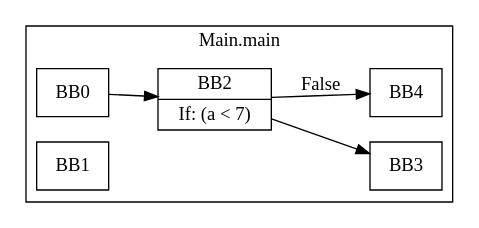
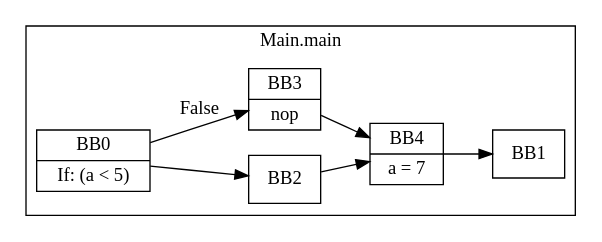
The diagram in HW5/javali_tests/HW5/Test.javali.cfg.dot (panubala/CDPP), drawn with Graphviz before and after one commit. The commit also changed 58 other files, not shown here.

```diff
--- a/HW5/javali_tests/HW5/Test.javali.cfg.dot
+++ b/HW5/javali_tests/HW5/Test.javali.cfg.dot
@@ -1,29 +1,31 @@
 digraph G {
   graph [ rankdir = "LR" ];
   subgraph cluster_0 {
     label = "Main.main"
     M0_BB0 [
       shape="record"
-      label="BB0"
+      label="BB0|If: (a \< 5)"
     ];
     M0_BB0 -> M0_BB2;
+    M0_BB0 -> M0_BB3 [label="False"];
     M0_BB1 [
       shape="record"
       label="BB1"
     ];
     M0_BB2 [
       shape="record"
-      label="BB2|If: (a \< 7)"
+      label="BB2"
     ];
-    M0_BB2 -> M0_BB3;
-    M0_BB2 -> M0_BB4 [label="False"];
+    M0_BB2 -> M0_BB4;
     M0_BB3 [
       shape="record"
-      label="BB3"
+      label="BB3|nop"
     ];
+    M0_BB3 -> M0_BB4;
     M0_BB4 [
       shape="record"
-      label="BB4"
+      label="BB4|a = 7"
     ];
+    M0_BB4 -> M0_BB1;
   }
 }
```
